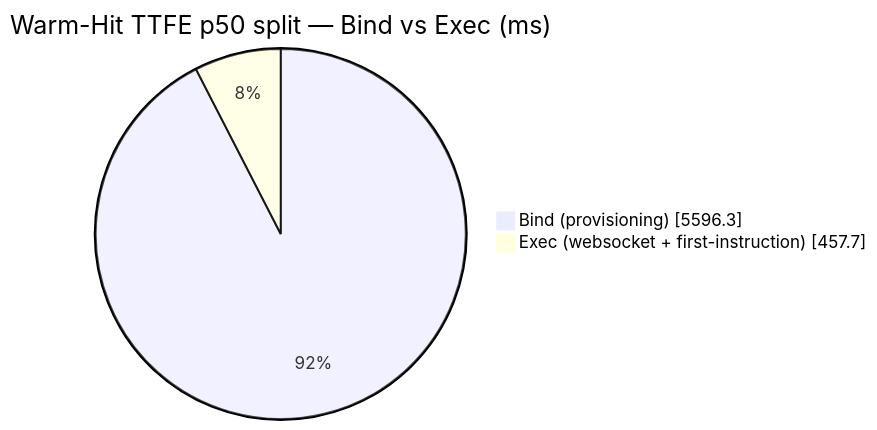
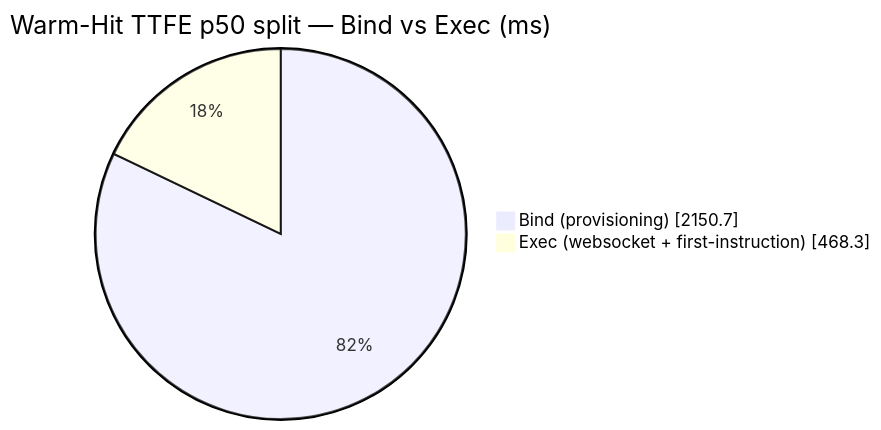
One commit to AlexBulankou/honest-bench changed the diagram in DETAILS.md. Above: the diagram before and after it, drawn with Mermaid. The commit also changed other lines of this file and 4 other files, not shown here.

````diff
--- a/DETAILS.md
+++ b/DETAILS.md
@@ -119,6 +120,6 @@
 ```mermaid
 pie showData
     title Warm-Hit TTFE p50 split — Bind vs Exec (ms)
-    "Bind (provisioning)" : 5596.3
-    "Exec (websocket + first-instruction)" : 457.7
+    "Bind (provisioning)" : 2150.7
+    "Exec (websocket + first-instruction)" : 468.3
 ```
````
